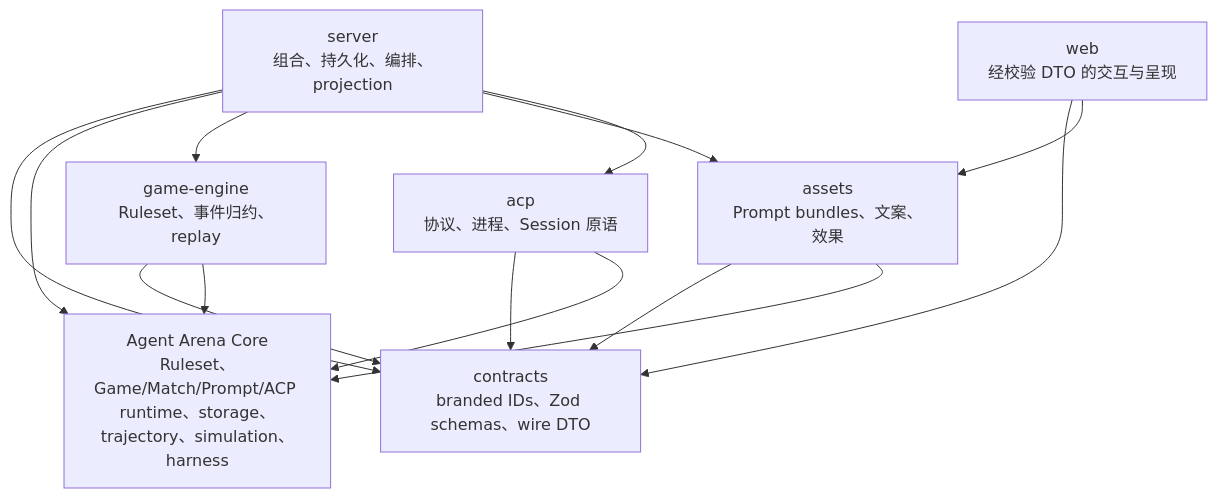
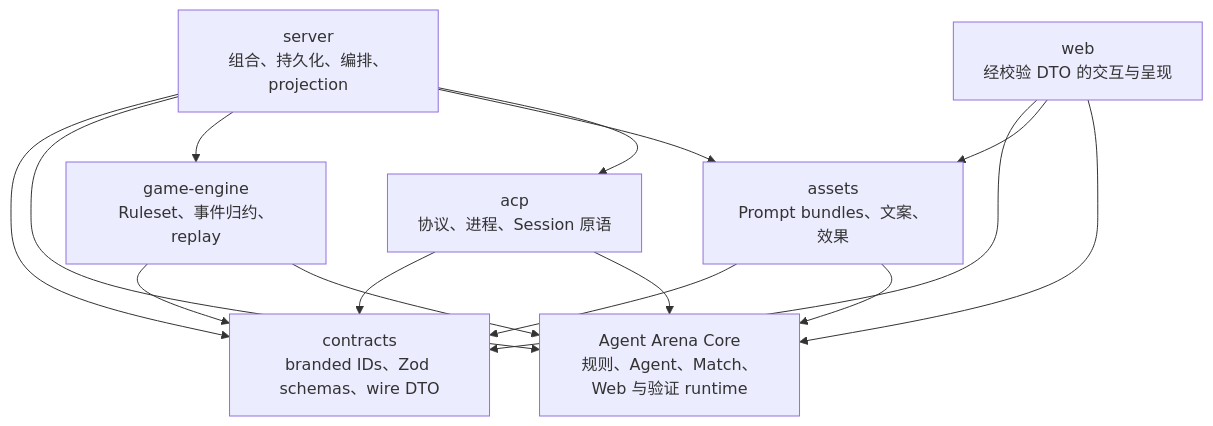
The second of 3 diagrams in docs/architecture.md (renewboy/agentwolf), drawn with Mermaid before and after one commit. The commit also changed other lines of this file and 30 other files, not shown here.

Commit message:
refactor: consume core web platform runtimes

````diff
--- a/docs/architecture.md
+++ b/docs/architecture.md
@@ -73,24 +73,25 @@
 ```mermaid
 flowchart TB
-    Core["Agent Arena Core<br/>Ruleset、Game/Match/Prompt/ACP runtime、storage、trajectory、simulation、harness"]
+    Core["Agent Arena Core<br/>规则、Agent、Match、Web 与验证 runtime"]
     Contracts["contracts<br/>branded IDs、Zod schemas、wire DTO"]
     Engine["game-engine<br/>Ruleset、事件归约、replay"]
     Assets["assets<br/>Prompt bundles、文案、效果"]
     ACP["acp<br/>协议、进程、Session 原语"]
     Server["server<br/>组合、持久化、编排、projection"]
     Web["web<br/>经校验 DTO 的交互与呈现"]
 
     Engine --> Contracts
     Engine --> Core
     Assets --> Contracts
     Assets --> Core
     ACP --> Contracts
     ACP --> Core
     Server --> Contracts
     Server --> Core
     Server --> Engine
     Server --> Assets
     Server --> ACP
     Web --> Contracts
     Web --> Assets
+    Web --> Core
 ```
````
